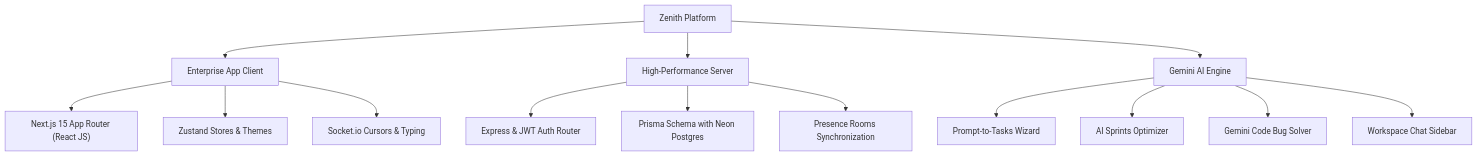
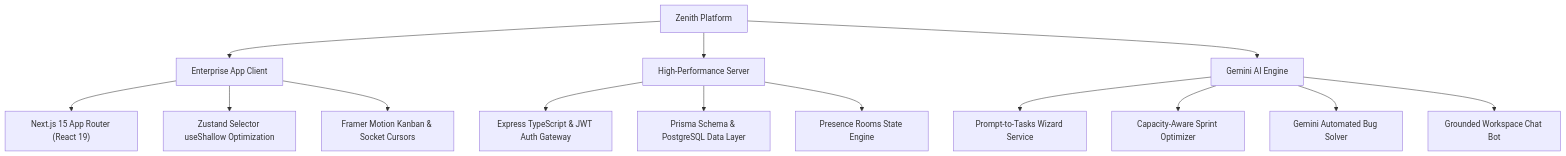
The diagram in README.md (Gangadhar017/Zenith-Project-Management), drawn with Mermaid before and after one commit. The commit also changed other lines of this file, not shown here.

````diff
--- a/README.md
+++ b/README.md
@@ -55,19 +28,19 @@
 ```mermaid
 graph TD
     A["Zenith Platform"] --> B["Enterprise App Client"]
     A --> C["High-Performance Server"]
     A --> D["Gemini AI Engine"]
     
-    B --> B1["Next.js 15 App Router (React JS)"]
-    B --> B2["Zustand Stores & Themes"]
-    B --> B3["Socket.io Cursors & Typing"]
+    B --> B1["Next.js 15 App Router (React 19)"]
+    B --> B2["Zustand Selector useShallow Optimization"]
+    B --> B3["Framer Motion Kanban & Socket Cursors"]
     
-    C --> C1["Express & JWT Auth Router"]
-    C --> C2["Prisma Schema with Neon Postgres"]
-    C --> C3["Presence Rooms Synchronization"]
+    C --> C1["Express TypeScript & JWT Auth Gateway"]
+    C --> C2["Prisma Schema & PostgreSQL Data Layer"]
+    C --> C3["Presence Rooms State Engine"]
     
-    D --> D1["Prompt-to-Tasks Wizard"]
-    D --> D2["AI Sprints Optimizer"]
-    D --> D3["Gemini Code Bug Solver"]
-    D --> D4["Workspace Chat Sidebar"]
+    D --> D1["Prompt-to-Tasks Wizard Service"]
+    D --> D2["Capacity-Aware Sprint Optimizer"]
+    D --> D3["Gemini Automated Bug Solver"]
+    D --> D4["Grounded Workspace Chat Bot"]
 ```
````
